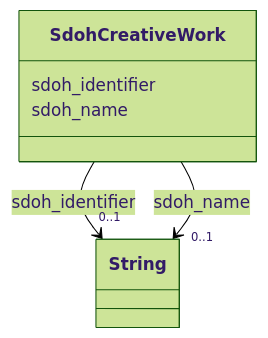
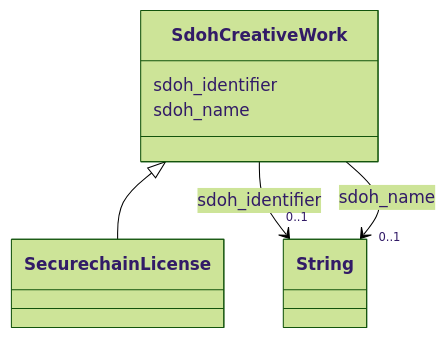
Before and after one commit to frink-okn/graph-descriptions: the diagram in secure-chain-kg/classes/SdohCreativeWork.md, drawn with Mermaid (forest theme). The commit also changed other lines of this file and 6807 other files, not shown here.

````diff
--- a/secure-chain-kg/classes/SdohCreativeWork.md
+++ b/secure-chain-kg/classes/SdohCreativeWork.md
@@ -19,24 +19,27 @@
 ```mermaid
  classDiagram
     class SdohCreativeWork
     click SdohCreativeWork href "../SdohCreativeWork"
+      SdohCreativeWork <|-- SecurechainLicense
+        click SecurechainLicense href "../SecurechainLicense"
+      
       SdohCreativeWork : sdoh_identifier
         
           
     
     
     SdohCreativeWork --> "0..1" String : sdoh_identifier
     click String href "../String"
 
         
       SdohCreativeWork : sdoh_name
         
           
     
     
     SdohCreativeWork --> "0..1" String : sdoh_name
     click String href "../String"
 
         
       
 ```
````
